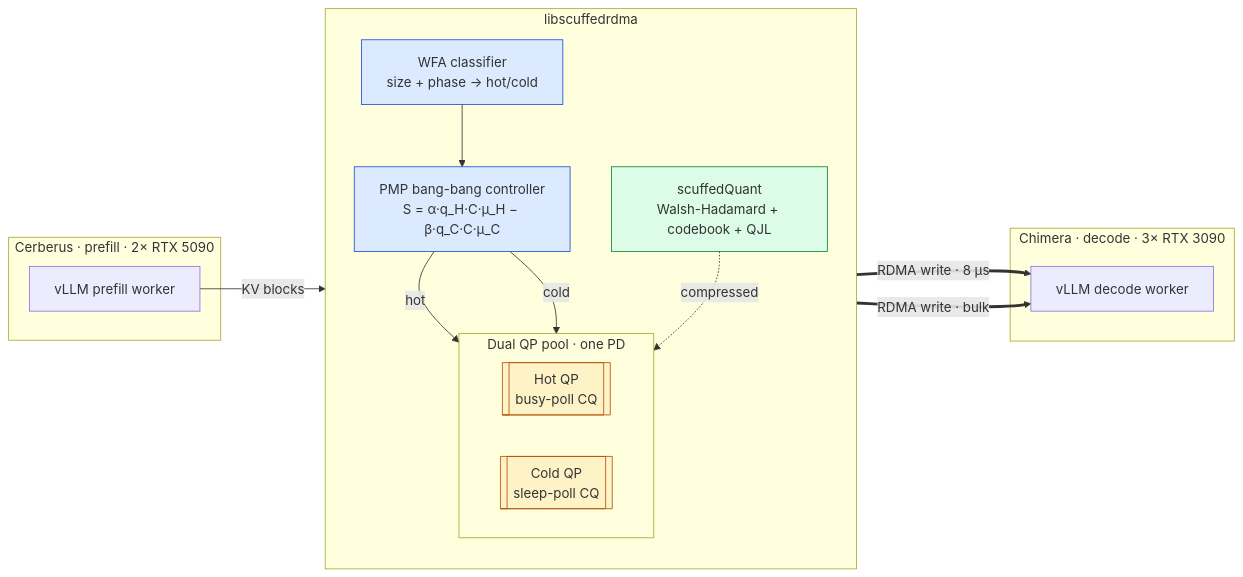
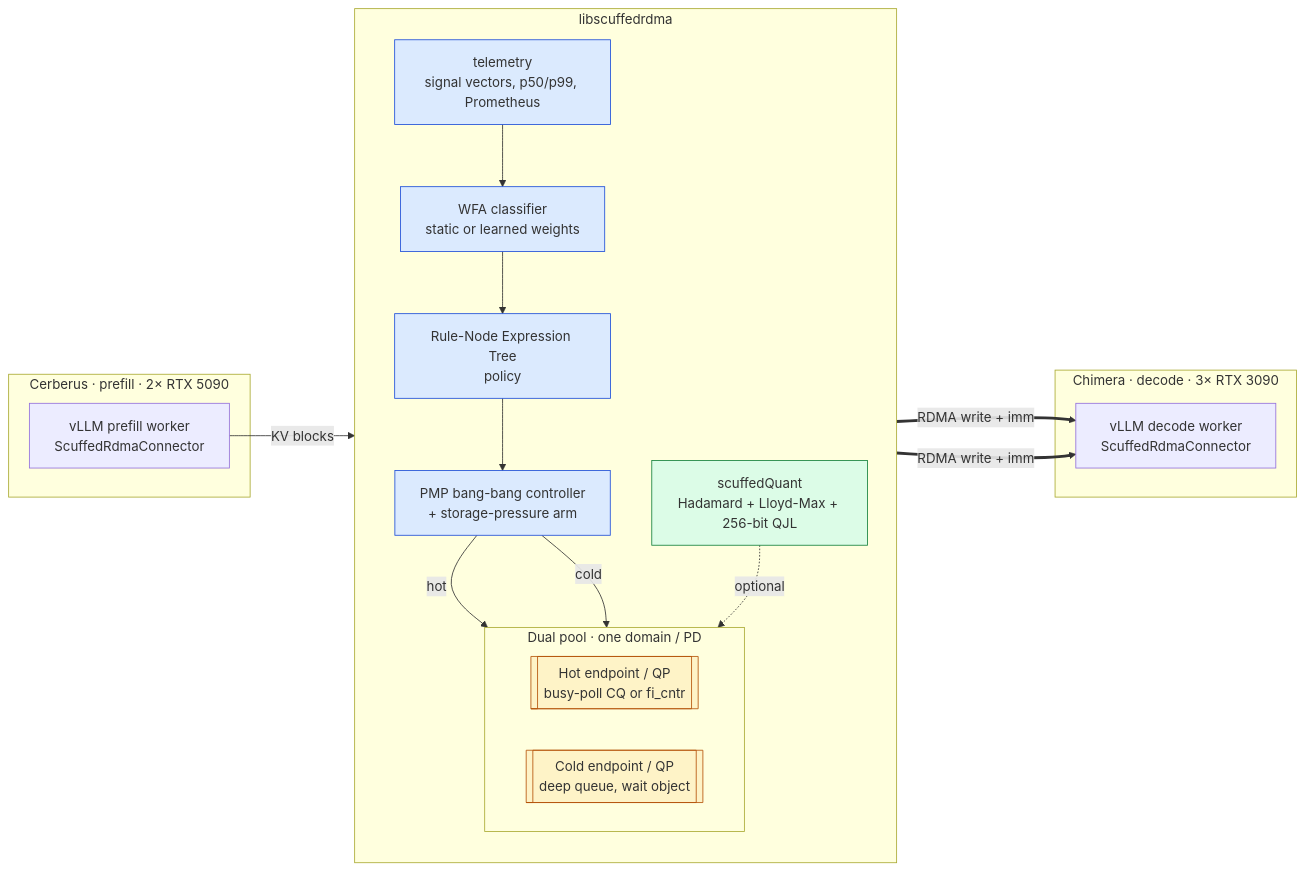
One commit to ndg8743/ScuffedRDMA changed the first of 3 diagrams in README.md. Above: the diagram before and after it, drawn with Mermaid. The commit also changed other lines of this file and 14 other files, not shown here.

First line of the commit message:
docs: per-update READMEs, Update 8 libfabric draft, roadmap, README without UCX

````diff
--- a/README.md
+++ b/README.md
@@ -19,34 +17,36 @@
 ```mermaid
 flowchart LR
     subgraph Cerberus["Cerberus · prefill · 2× RTX 5090"]
-        PF[vLLM prefill worker]
+        PF[vLLM prefill worker<br/>ScuffedRdmaConnector]
     end
     subgraph Mid["libscuffedrdma"]
         direction TB
-        WFA[WFA classifier<br/>size + phase → hot/cold]
-        PMP[PMP bang-bang controller<br/>S = α·q_H·C·μ_H − β·q_C·C·μ_C]
-        QNT[scuffedQuant<br/>Walsh-Hadamard + codebook + QJL]
-        subgraph Pool["Dual QP pool · one PD"]
+        TEL[telemetry<br/>signal vectors, p50/p99, Prometheus]
+        WFA[WFA classifier<br/>static or learned weights]
+        POL[Rule-Node Expression Tree<br/>policy]
+        PMP[PMP bang-bang controller<br/>+ storage-pressure arm]
+        QNT[scuffedQuant<br/>Hadamard + Lloyd-Max + 256-bit QJL]
+        subgraph Pool["Dual pool · one domain / PD"]
             direction LR
-            HOT[["Hot QP<br/>busy-poll CQ"]]
-            COLD[["Cold QP<br/>sleep-poll CQ"]]
+            HOT[["Hot endpoint / QP<br/>busy-poll CQ or fi_cntr"]]
+            COLD[["Cold endpoint / QP<br/>deep queue, wait object"]]
         end
-        WFA --> PMP
+        TEL --> WFA --> POL --> PMP
         PMP -->|hot| HOT
         PMP -->|cold| COLD
-        QNT -.->|compressed| COLD
+        QNT -.->|optional| COLD
     end
     subgraph Chimera["Chimera · decode · 3× RTX 3090"]
-        DC[vLLM decode worker]
+        DC[vLLM decode worker<br/>ScuffedRdmaConnector]
     end
-    PF -->|KV blocks| WFA
-    HOT ==>|RDMA write · 8 µs| DC
-    COLD ==>|RDMA write · bulk| DC
+    PF -->|KV blocks| TEL
+    HOT ==>|RDMA write + imm| DC
+    COLD ==>|RDMA write + imm| DC
 
     classDef pool fill:#fef3c7,stroke:#b45309,stroke-width:1px
     classDef ctrl fill:#dbeafe,stroke:#1d4ed8,stroke-width:1px
     classDef quant fill:#dcfce7,stroke:#15803d,stroke-width:1px
     class HOT,COLD pool
-    class WFA,PMP ctrl
+    class TEL,WFA,POL,PMP ctrl
     class QNT quant
 ```
````
